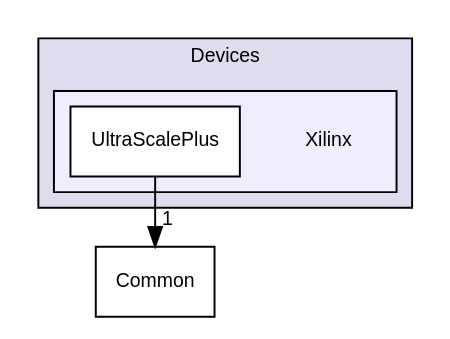
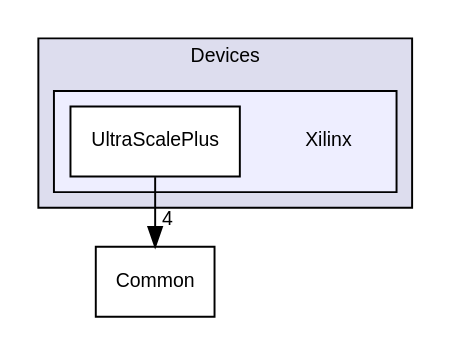
The diagram in dir_3b80f9b66070ce327ebd8ab923ef7ff0_dep.dot (FPGA-Research-Manchester/byteman), drawn with Graphviz before and after one commit. The commit also changed 566 other files, not shown here.

```diff
--- a/dir_3b80f9b66070ce327ebd8ab923ef7ff0_dep.dot
+++ b/dir_3b80f9b66070ce327ebd8ab923ef7ff0_dep.dot
@@ -1,15 +1,15 @@
 digraph "src/Devices/Xilinx" {
   compound=true
   node [ fontsize="10", fontname="Helvetica"];
   edge [ labelfontsize="10", labelfontname="Helvetica"];
   subgraph clusterdir_27b17494125eb78195473abe004504ab {
     graph [ bgcolor="#ddddee", pencolor="black", label="Devices" fontname="Helvetica", fontsize="10", URL="dir_27b17494125eb78195473abe004504ab.html"]
   subgraph clusterdir_3b80f9b66070ce327ebd8ab923ef7ff0 {
     graph [ bgcolor="#eeeeff", pencolor="black", label="" URL="dir_3b80f9b66070ce327ebd8ab923ef7ff0.html"];
     dir_3b80f9b66070ce327ebd8ab923ef7ff0 [shape=plaintext label="Xilinx"];
     dir_21f1379af401b02d6de0cd697d1b0560 [shape=box label="UltraScalePlus" color="black" fillcolor="white" style="filled" URL="dir_21f1379af401b02d6de0cd697d1b0560.html"];
   }
   }
   dir_ba210d1fa67db7bee1bb22e0a3c11d9f [shape=box label="Common" URL="dir_ba210d1fa67db7bee1bb22e0a3c11d9f.html"];
-  dir_21f1379af401b02d6de0cd697d1b0560->dir_ba210d1fa67db7bee1bb22e0a3c11d9f [headlabel="1", labeldistance=1.5 headhref="dir_000004_000001.html"];
+  dir_21f1379af401b02d6de0cd697d1b0560->dir_ba210d1fa67db7bee1bb22e0a3c11d9f [headlabel="4", labeldistance=1.5 headhref="dir_000004_000001.html"];
 }
```
